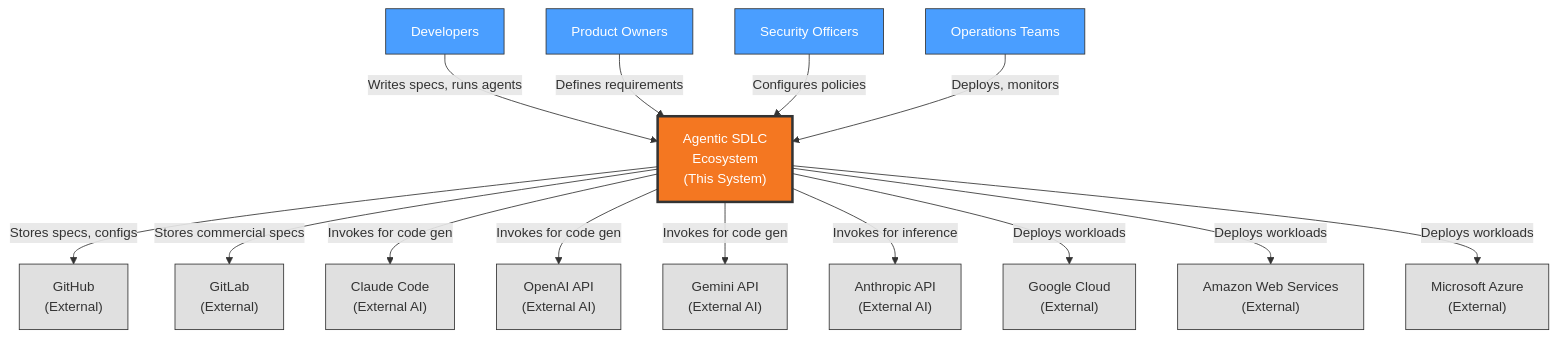
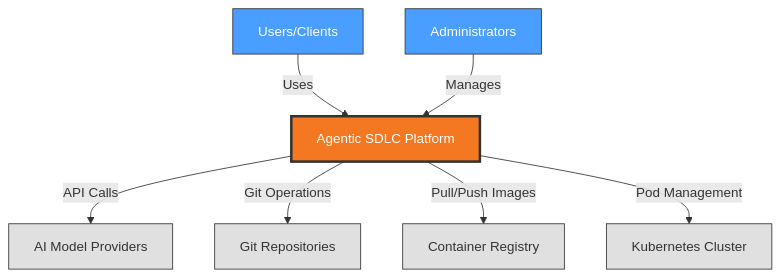
The first of 5 diagrams in AD.md (tikalk/adlc-team-skills), drawn with Mermaid before and after one commit. The commit also changed other lines of this file and 196 other files, not shown here.

````diff
--- a/AD.md
+++ b/AD.md
@@ -100,47 +79,25 @@
 ```mermaid
 graph TD
-    %% Stakeholders (human actors)
-    Developers["Developers"]
-    ProductOwners["Product Owners"]
-    SecurityOfficers["Security Officers"]
-    Operations["Operations Teams"]
+    Users["Users/Clients"]
+    Admins["Administrators"]
+    AgenticSDLC["Agentic SDLC Platform"]
+    AIModels["AI Model Providers"]
+    GitRepos["Git Repositories"]
+    ContainerReg["Container Registry"]
+    K8sCluster["Kubernetes Cluster"]
     
-    %% THE SYSTEM - Single blackbox
-    System["Agentic SDLC<br/>Ecosystem<br/>(This System)"]
-    
-    %% External Systems (third-party, outside your control)
-    GitHub["GitHub<br/>(External)"]
-    GitLab["GitLab<br/>(External)"]
-    Claude["Claude Code<br/>(External AI)"]
-    OpenAI["OpenAI API<br/>(External AI)"]
-    Gemini["Gemini API<br/>(External AI)"]
-    Anthropic["Anthropic API<br/>(External AI)"]
-    GCP["Google Cloud<br/>(External)"]
-    AWS["Amazon Web Services<br/>(External)"]
-    Azure["Microsoft Azure<br/>(External)"]
-    
-    %% Stakeholder interactions
-    Developers -->|"Writes specs, runs agents"| System
-    ProductOwners -->|"Defines requirements"| System
-    SecurityOfficers -->|"Configures policies"| System
-    Operations -->|"Deploys, monitors"| System
-    
-    %% External system integrations
-    System -->|"Stores specs, configs"| GitHub
-    System -->|"Stores commercial specs"| GitLab
-    System -->|"Invokes for code gen"| Claude
-    System -->|"Invokes for code gen"| OpenAI
-    System -->|"Invokes for code gen"| Gemini
-    System -->|"Invokes for inference"| Anthropic
-    System -->|"Deploys workloads"| GCP
-    System -->|"Deploys workloads"| AWS
-    System -->|"Deploys workloads"| Azure
+    Users -->|Uses| AgenticSDLC
+    Admins -->|Manages| AgenticSDLC
+    AgenticSDLC -->|API Calls| AIModels
+    AgenticSDLC -->|Git Operations| GitRepos
+    AgenticSDLC -->|Pull/Push Images| ContainerReg
+    AgenticSDLC -->|Pod Management| K8sCluster
     
     classDef systemNode fill:#f47721,stroke:#333,stroke-width:3px,color:#fff
     classDef stakeholderNode fill:#4a9eff,stroke:#333,stroke-width:1px,color:#fff
     classDef externalNode fill:#e0e0e0,stroke:#333,stroke-width:1px
     
-    class System systemNode
-    class Developers,ProductOwners,SecurityOfficers,Operations stakeholderNode
-    class GitHub,GitLab,Claude,OpenAI,Gemini,Anthropic,GCP,AWS,Azure externalNode
+    class AgenticSDLC systemNode
+    class Users,Admins stakeholderNode
+    class AIModels,GitRepos,ContainerReg,K8sCluster externalNode
 ```
````
